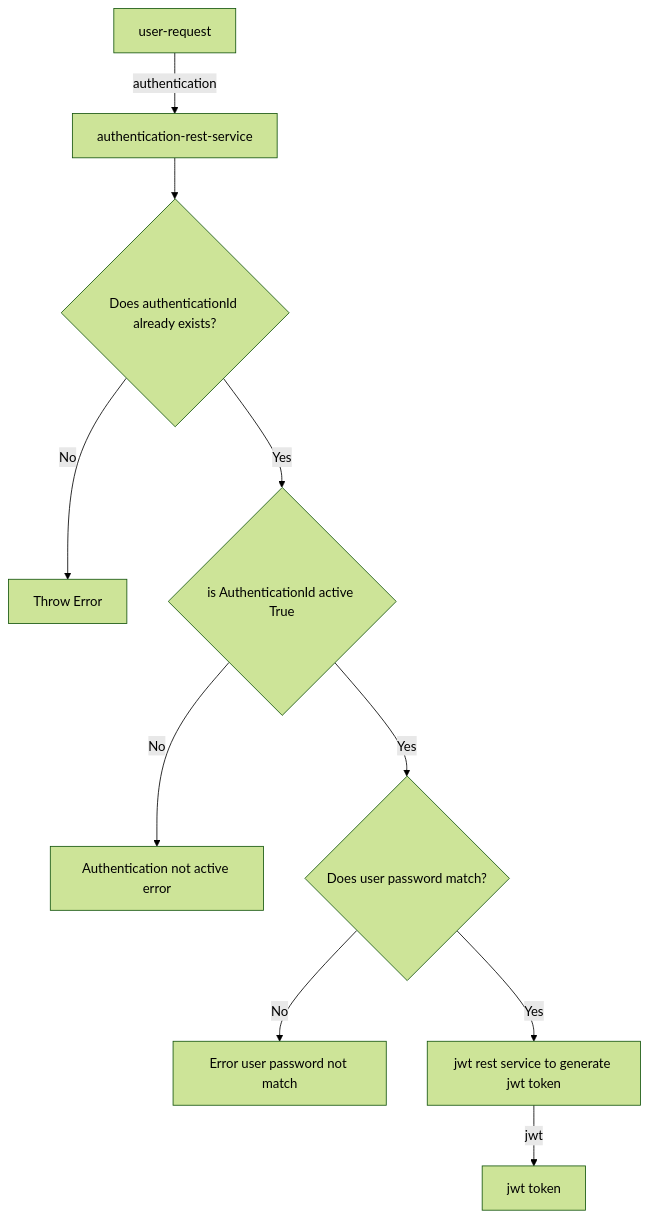
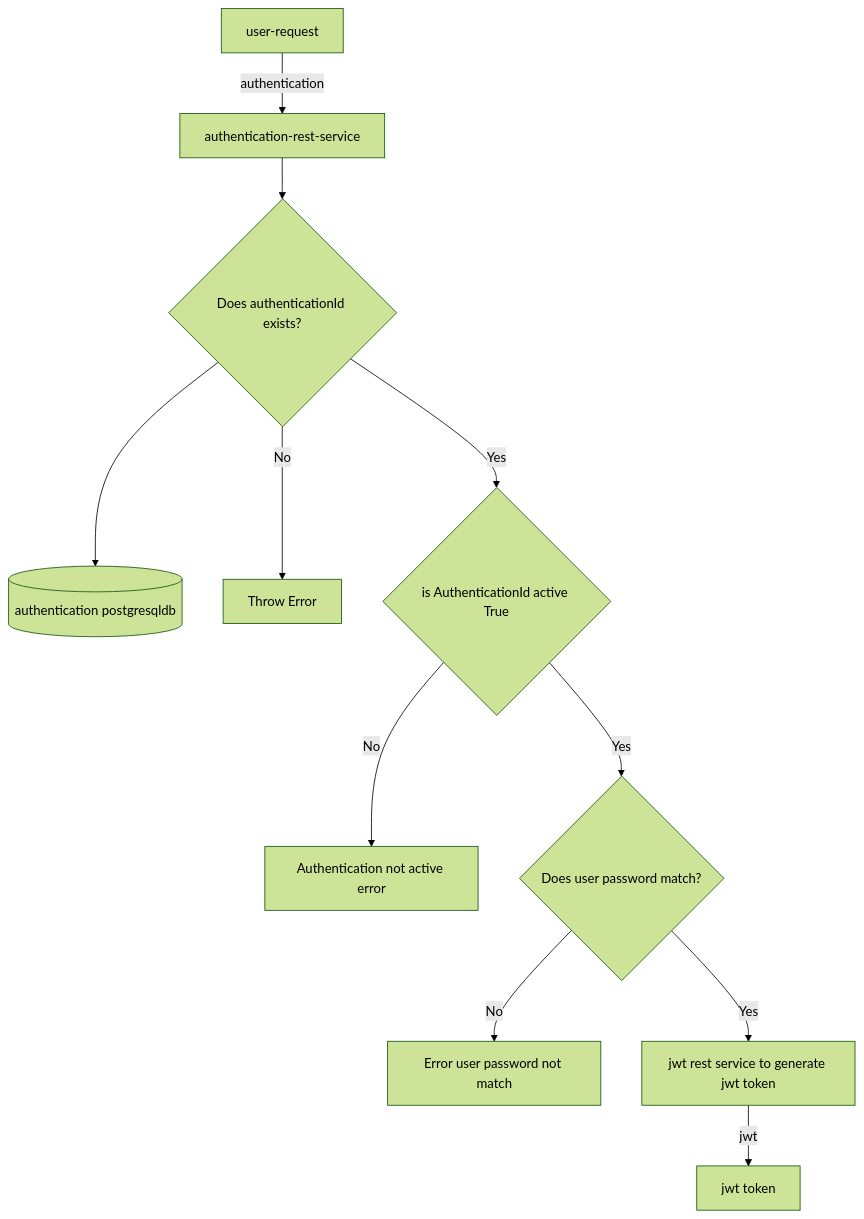
Before and after one commit to sonamsamdupkhangsar/authentication-rest-service: the second of 2 diagrams in README.md, drawn with Mermaid (forest theme).

Commit message:
add authentication workflow

````diff
--- a/README.md
+++ b/README.md
@@ -25,12 +25,13 @@
 ```mermaid
 flowchart TD
     user-request[user-request] -->|authentication| authentication-rest-service[authentication-rest-service]
-    authentication-rest-service --> authenticationIdExists{Does authenticationId already exists?}
+    authentication-rest-service --> authenticationIdExists{Does authenticationId exists?}
+    authenticationIdExists --> db[(authentication postgresqldb)]
     authenticationIdExists --> |No| Error[Throw Error]
     authenticationIdExists --> |Yes| CheckAuthIdExistAndIsActiveTrue{is AuthenticationId active True}
     CheckAuthIdExistAndIsActiveTrue -->|No| AuthNotActive[Authentication not active error]
     CheckAuthIdExistAndIsActiveTrue -->|Yes| CheckUserPasswordMatch{Does user password match?}
     CheckUserPasswordMatch -->|No| UserPasswordNotMatchError[Error user password not match]
     CheckUserPasswordMatch -->|Yes| CallJwtRestService[jwt rest service to generate jwt token]
     CallJwtRestService -->|jwt| JWT[jwt token]
 ```
````
